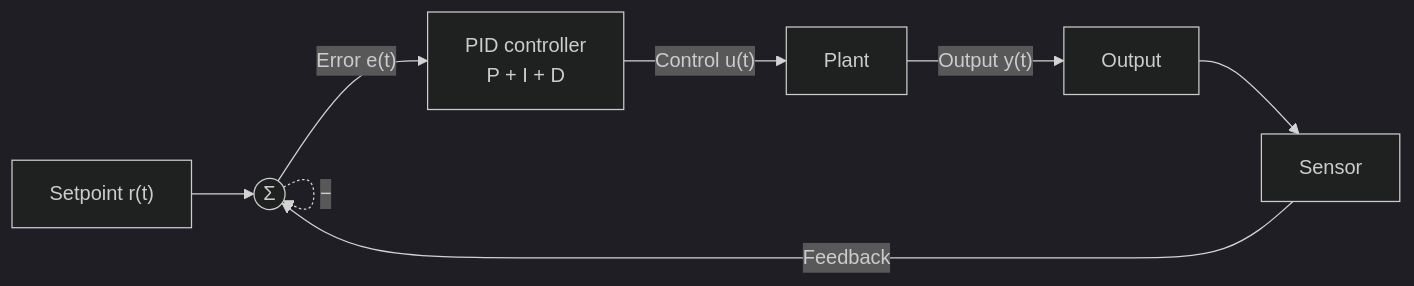
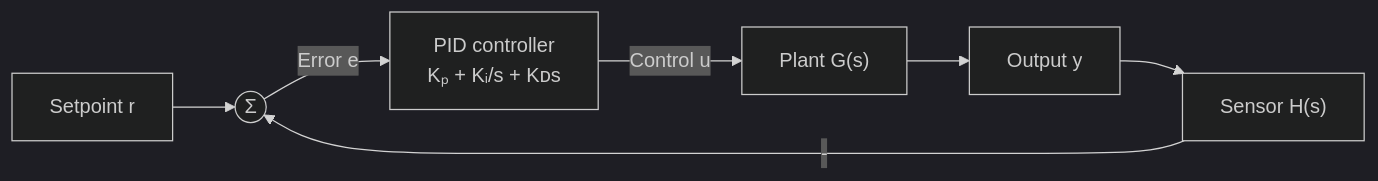
Before and after one commit to vrevolverrr/vicher: the diagram in eval/figure/generated/luna/e-control-loop.md, drawn with Mermaid (dark theme). The commit also changed other lines of this file and 105 other files, not shown here.

Commit message:
test(eval): regenerate the figure replies under the final prompt

````diff
--- a/eval/figure/generated/luna/e-control-loop.md
+++ b/eval/figure/generated/luna/e-control-loop.md
@@ -1,10 +3,9 @@
 ```mermaid
 flowchart LR
-    R["Setpoint r(t)"] --> SUM((Σ))
-    SUM -->|"Error e(t)"| PID["PID controller<br/>P + I + D"]
-    PID -->|"Control u(t)"| PLANT["Plant"]
-    PLANT -->|"Output y(t)"| Y["Output"]
-    Y --> FB["Sensor"]
-    FB -->|"Feedback"| SUM
-    SUM -. "−" .-> SUM
+    r["Setpoint r"] --> sum(("Σ"))
+    sum -->|"Error e"| pid["PID controller<br/>Kₚ + Kᵢ/s + Kᴅs"]
+    pid -->|"Control u"| plant["Plant G(s)"]
+    plant --> y["Output y"]
+    y --> sensor["Sensor H(s)"]
+    sensor -->|"-"| sum
 ```
````
